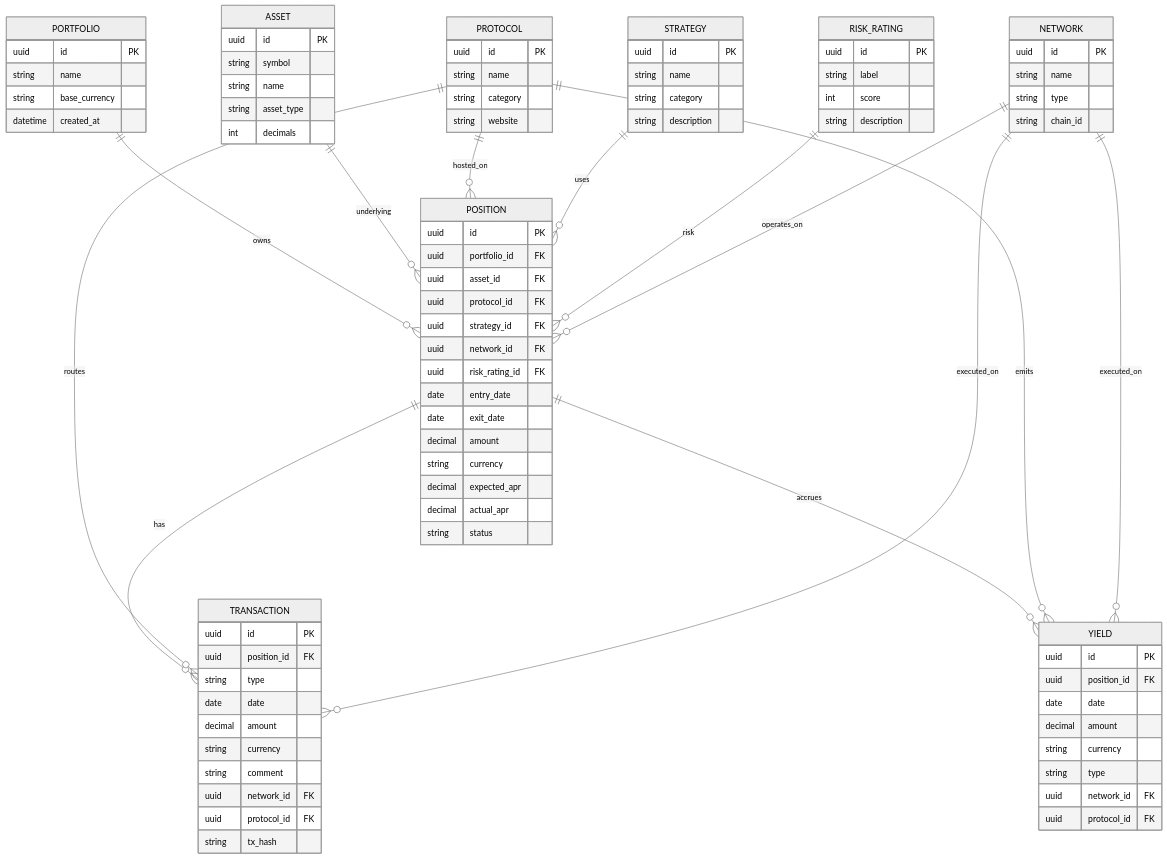
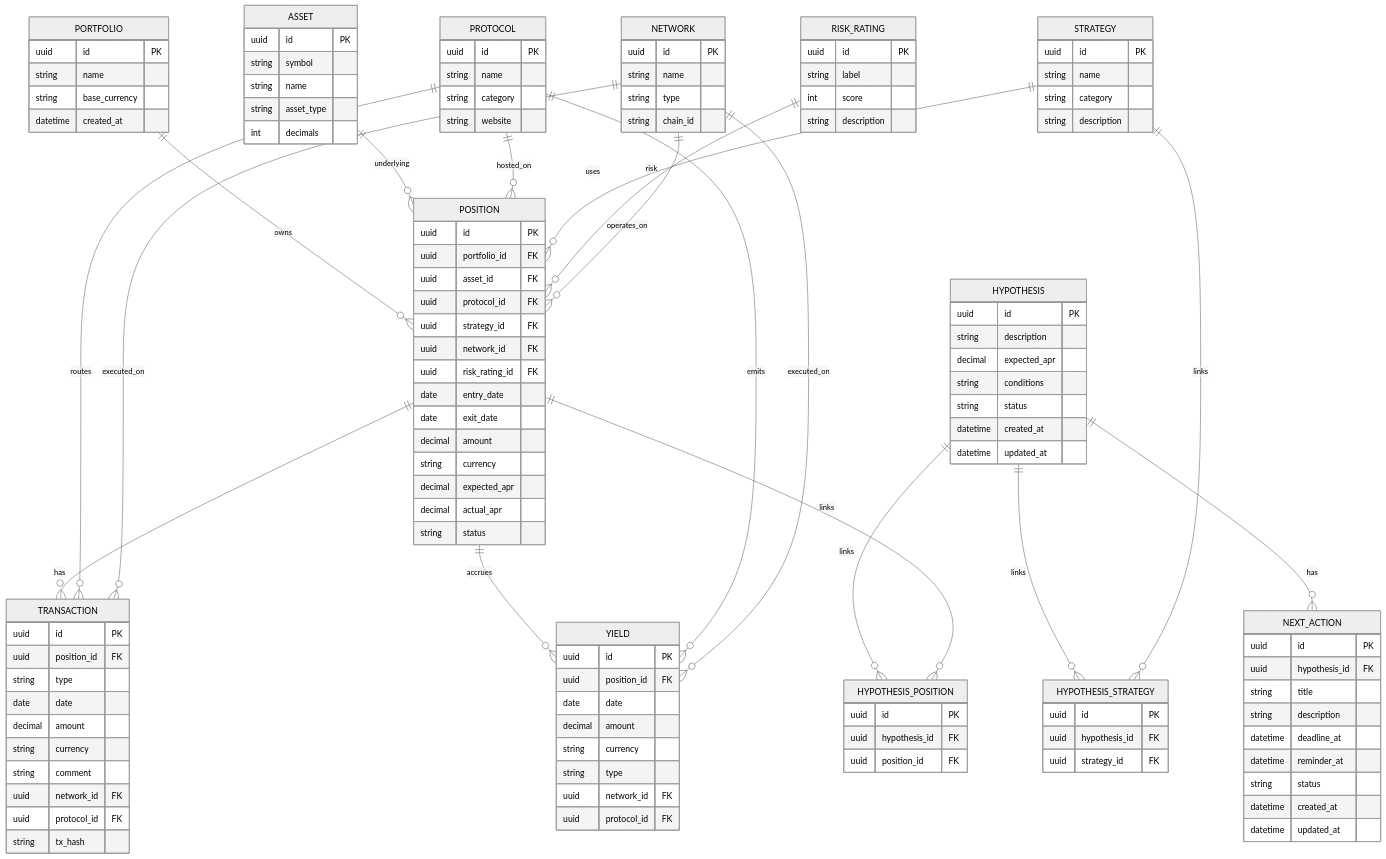
One commit to allkap/portfolio_tracker changed the diagram in docs/data-model.md. Above: the diagram before and after it, drawn with Mermaid (neutral theme). The commit also changed other lines of this file, not shown here.

Commit message:
Add hypothesis and next action to data model

```diff
--- a/docs/data-model.md
+++ b/docs/data-model.md
@@ -121,6 +157,11 @@
   ASSET ||--o{ POSITION : underlying
   PROTOCOL ||--o{ POSITION : hosted_on
   STRATEGY ||--o{ POSITION : uses
+  HYPOTHESIS ||--o{ NEXT_ACTION : has
+  HYPOTHESIS ||--o{ HYPOTHESIS_POSITION : links
+  HYPOTHESIS ||--o{ HYPOTHESIS_STRATEGY : links
+  POSITION ||--o{ HYPOTHESIS_POSITION : links
+  STRATEGY ||--o{ HYPOTHESIS_STRATEGY : links
   RISK_RATING ||--o{ POSITION : risk
   NETWORK ||--o{ POSITION : operates_on
   PROTOCOL ||--o{ TRANSACTION : routes
@@ -183,6 +224,40 @@
     string description
   }
 
+  HYPOTHESIS {
+    uuid id PK
+    string description
+    decimal expected_apr
+    string conditions
+    string status
+    datetime created_at
+    datetime updated_at
+  }
+
+  HYPOTHESIS_POSITION {
+    uuid id PK
+    uuid hypothesis_id FK
+    uuid position_id FK
+  }
+
+  HYPOTHESIS_STRATEGY {
+    uuid id PK
+    uuid hypothesis_id FK
+    uuid strategy_id FK
+  }
+
+  NEXT_ACTION {
+    uuid id PK
+    uuid hypothesis_id FK
+    string title
+    string description
+    datetime deadline_at
+    datetime reminder_at
+    string status
+    datetime created_at
+    datetime updated_at
+  }
+
   ASSET {
     uuid id PK
     string symbol
```
